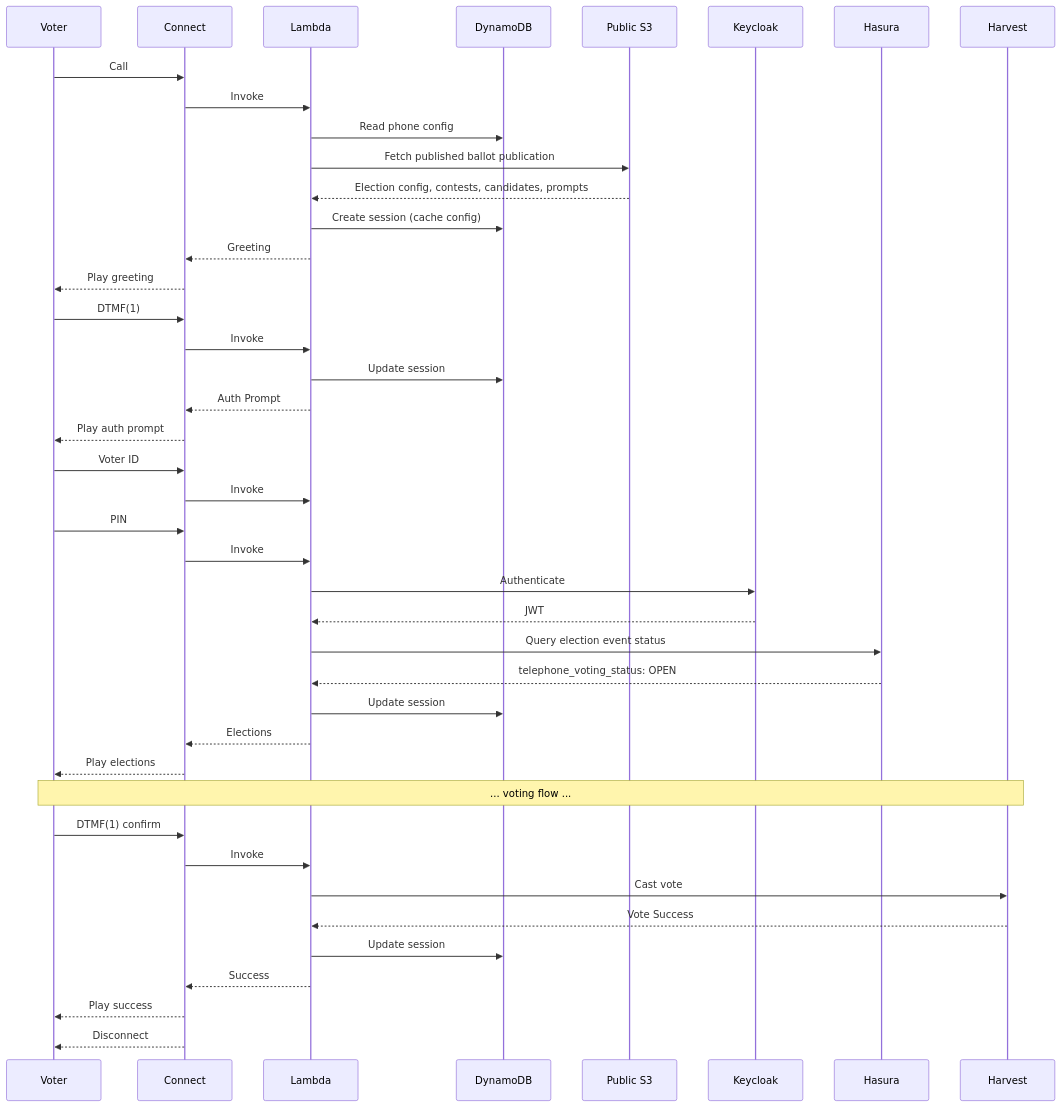
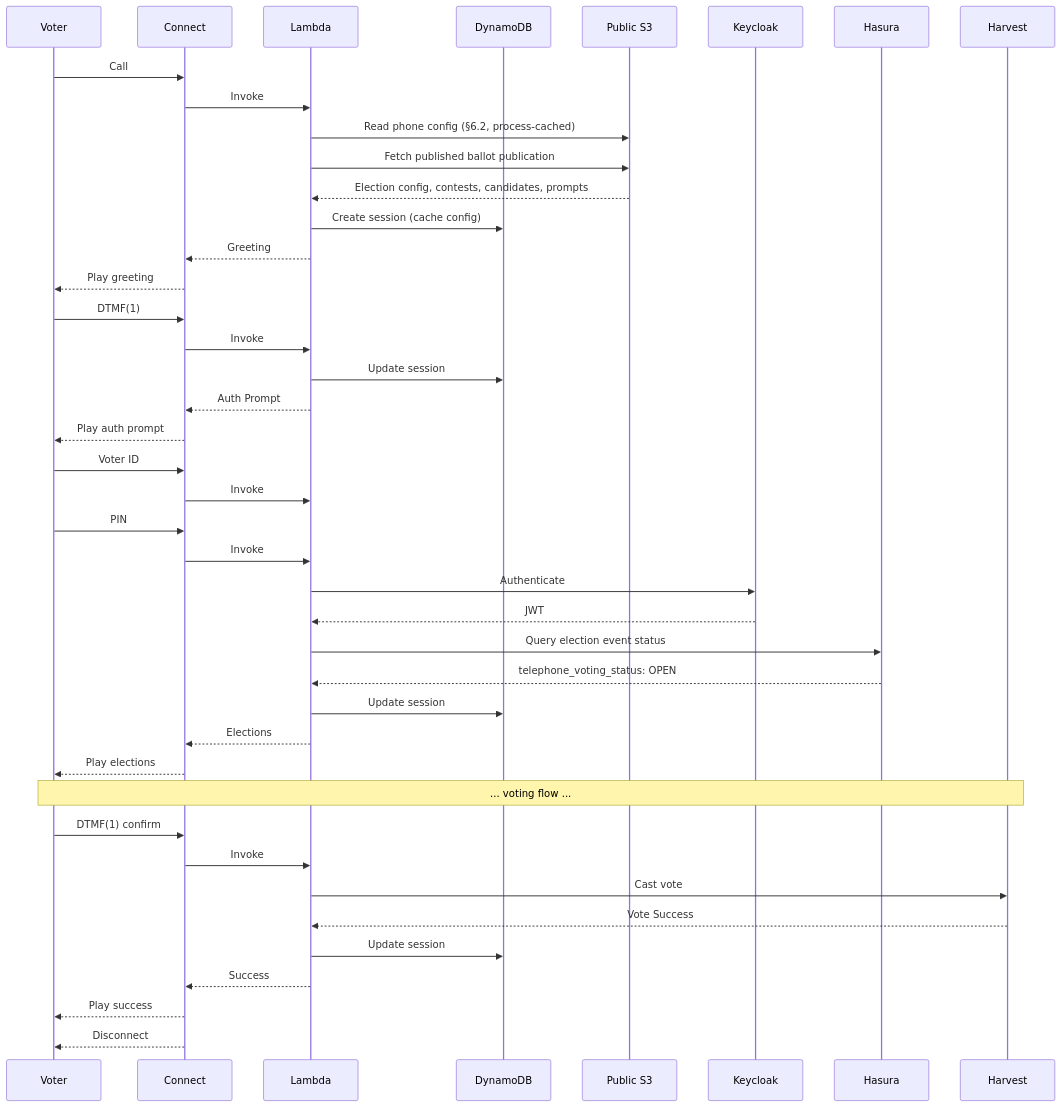
Diagram 12 of 13 in docs/docusaurus/docs/07-developers/12-ivr/ivr-system-design.md (sequentech/step), drawn with Mermaid before and after one commit. The commit also changed other lines of this file, not shown here.

````diff
--- a/docs/docusaurus/docs/07-developers/12-ivr/ivr-system-design.md
+++ b/docs/docusaurus/docs/07-developers/12-ivr/ivr-system-design.md
@@ -2647,49 +2788,49 @@
 ```mermaid
 sequenceDiagram
     participant Voter
     participant Connect
     participant Lambda
     participant DynamoDB
     participant S3 as Public S3
     participant Keycloak
     participant Hasura
     participant Harvest
 
     Voter->>Connect: Call
     Connect->>Lambda: Invoke
-    Lambda->>DynamoDB: Read phone config
+    Lambda->>S3: Read phone config (§6.2, process-cached)
     Lambda->>S3: Fetch published ballot publication
     S3-->>Lambda: Election config, contests, candidates, prompts
     Lambda->>DynamoDB: Create session (cache config)
     Lambda-->>Connect: Greeting
     Connect-->>Voter: Play greeting
 
     Voter->>Connect: DTMF(1)
     Connect->>Lambda: Invoke
     Lambda->>DynamoDB: Update session
     Lambda-->>Connect: Auth Prompt
     Connect-->>Voter: Play auth prompt
 
     Voter->>Connect: Voter ID
     Connect->>Lambda: Invoke
     Voter->>Connect: PIN
     Connect->>Lambda: Invoke
     Lambda->>Keycloak: Authenticate
     Keycloak-->>Lambda: JWT
     Lambda->>Hasura: Query election event status
     Hasura-->>Lambda: telephone_voting_status: OPEN
     Lambda->>DynamoDB: Update session
     Lambda-->>Connect: Elections
     Connect-->>Voter: Play elections
 
     Note over Voter, Harvest: ... voting flow ...
 
     Voter->>Connect: DTMF(1) confirm
     Connect->>Lambda: Invoke
     Lambda->>Harvest: Cast vote
     Harvest-->>Lambda: Vote Success
     Lambda->>DynamoDB: Update session
     Lambda-->>Connect: Success
     Connect-->>Voter: Play success
     Connect-->>Voter: Disconnect
 ```
````
